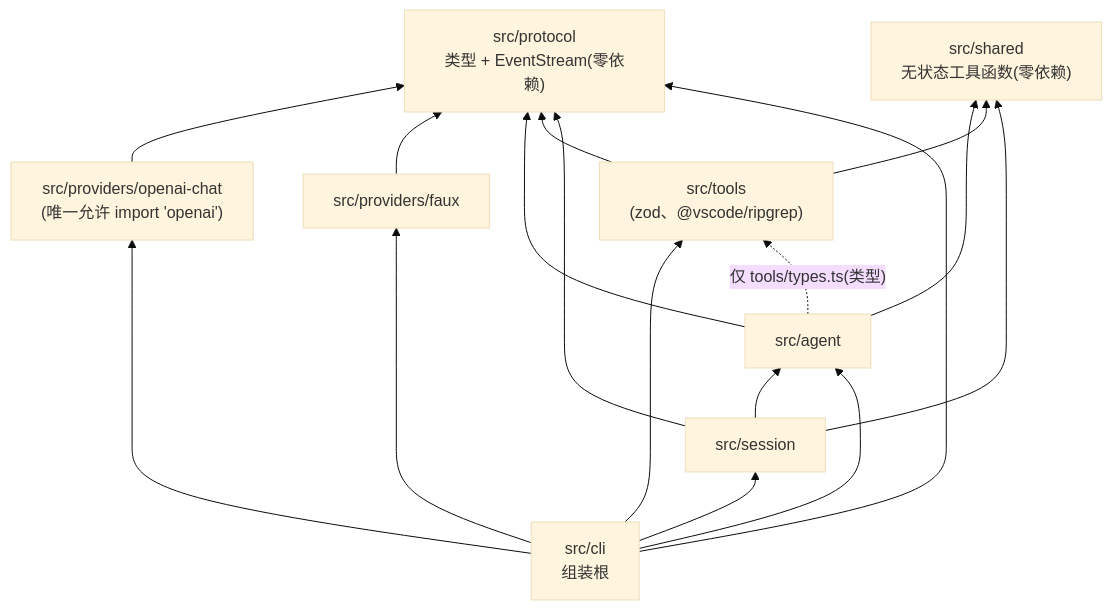
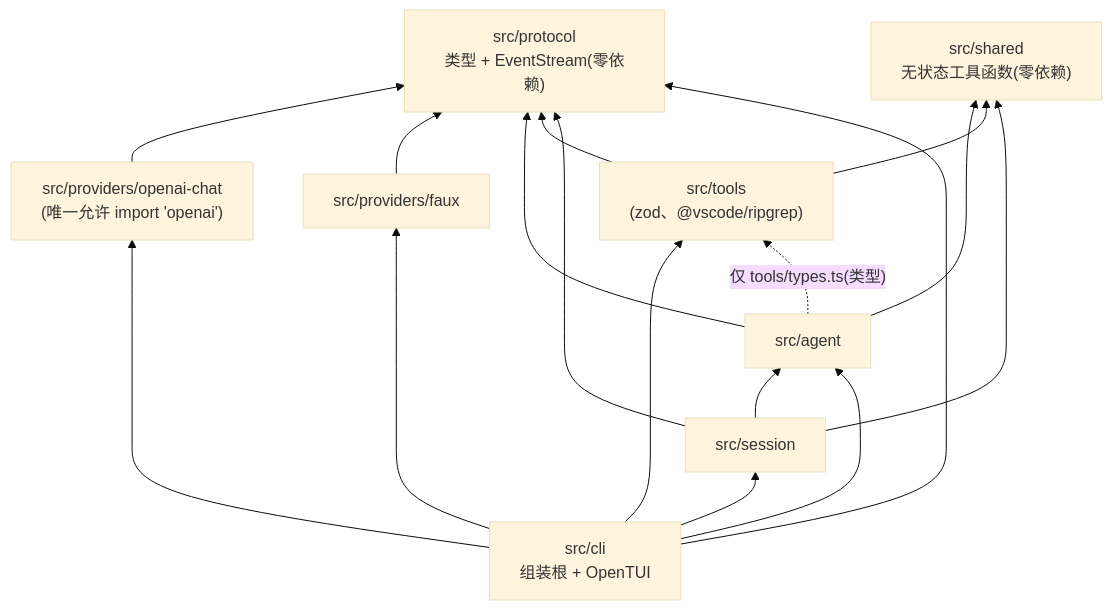
Before and after one commit to rita152/coda: the first of 3 diagrams in docs/02-architecture.md, drawn with Mermaid (base theme). The commit also changed other lines of this file and 19 other files, not shown here.

First line of the commit message:
Add the full-screen OpenTUI interface

````diff
--- a/docs/02-architecture.md
+++ b/docs/02-architecture.md
@@ -56,28 +56,28 @@
 ```mermaid
 flowchart BT
   protocol["src/protocol\n类型 + EventStream(零依赖)"]
   shared["src/shared\n无状态工具函数(零依赖)"]
   openai_chat["src/providers/openai-chat\n(唯一允许 import 'openai')"]
   faux["src/providers/faux"]
   agent["src/agent"]
   tools["src/tools\n(zod、@vscode/ripgrep)"]
   session["src/session"]
-  cli["src/cli\n组装根"]
+  cli["src/cli\n组装根 + OpenTUI"]
 
   openai_chat --> protocol
   faux --> protocol
   agent --> protocol
   tools --> protocol
   session --> protocol
   agent --> shared
   tools --> shared
   session --> shared
   session --> agent
   cli --> agent
   cli --> openai_chat
   cli --> faux
   cli --> tools
   cli --> session
   cli --> protocol
   agent -. "仅 tools/types.ts(类型)" .-> tools
 ```
````
